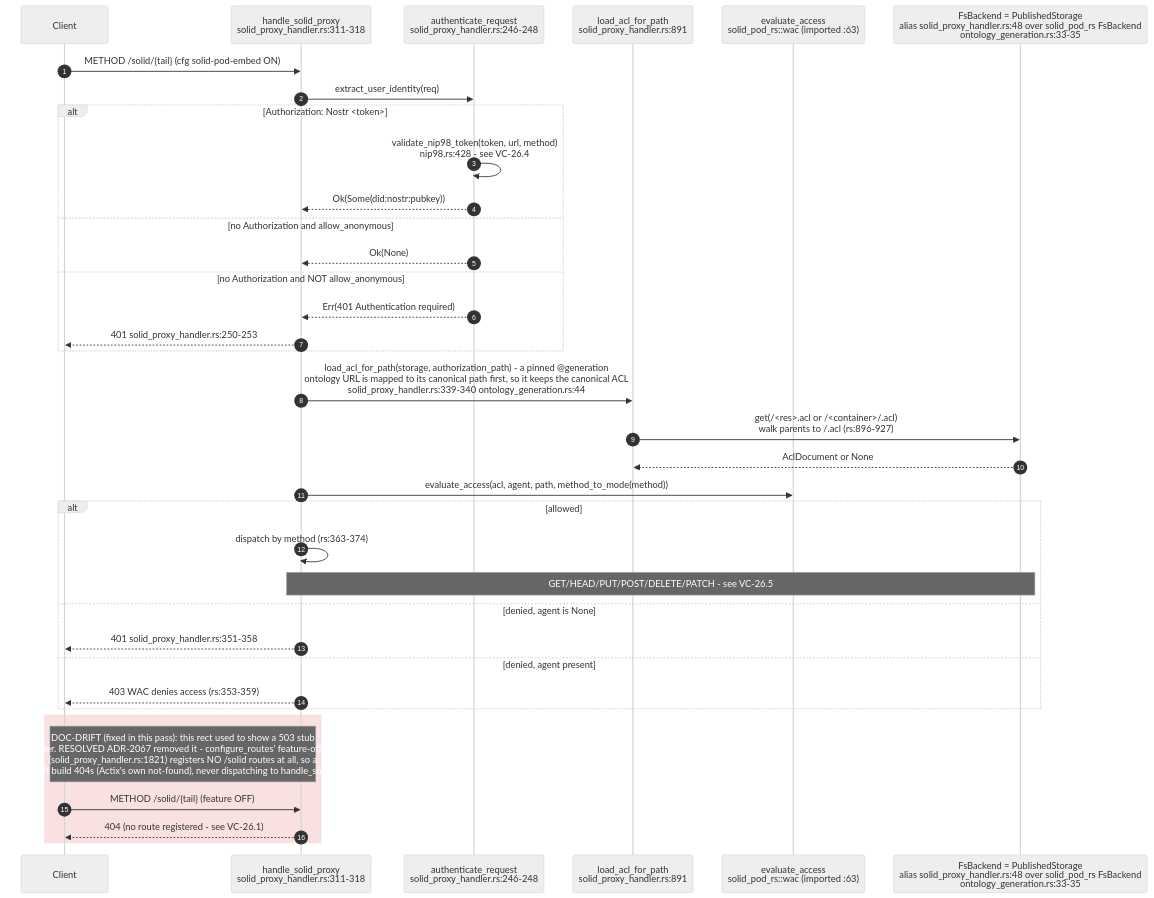
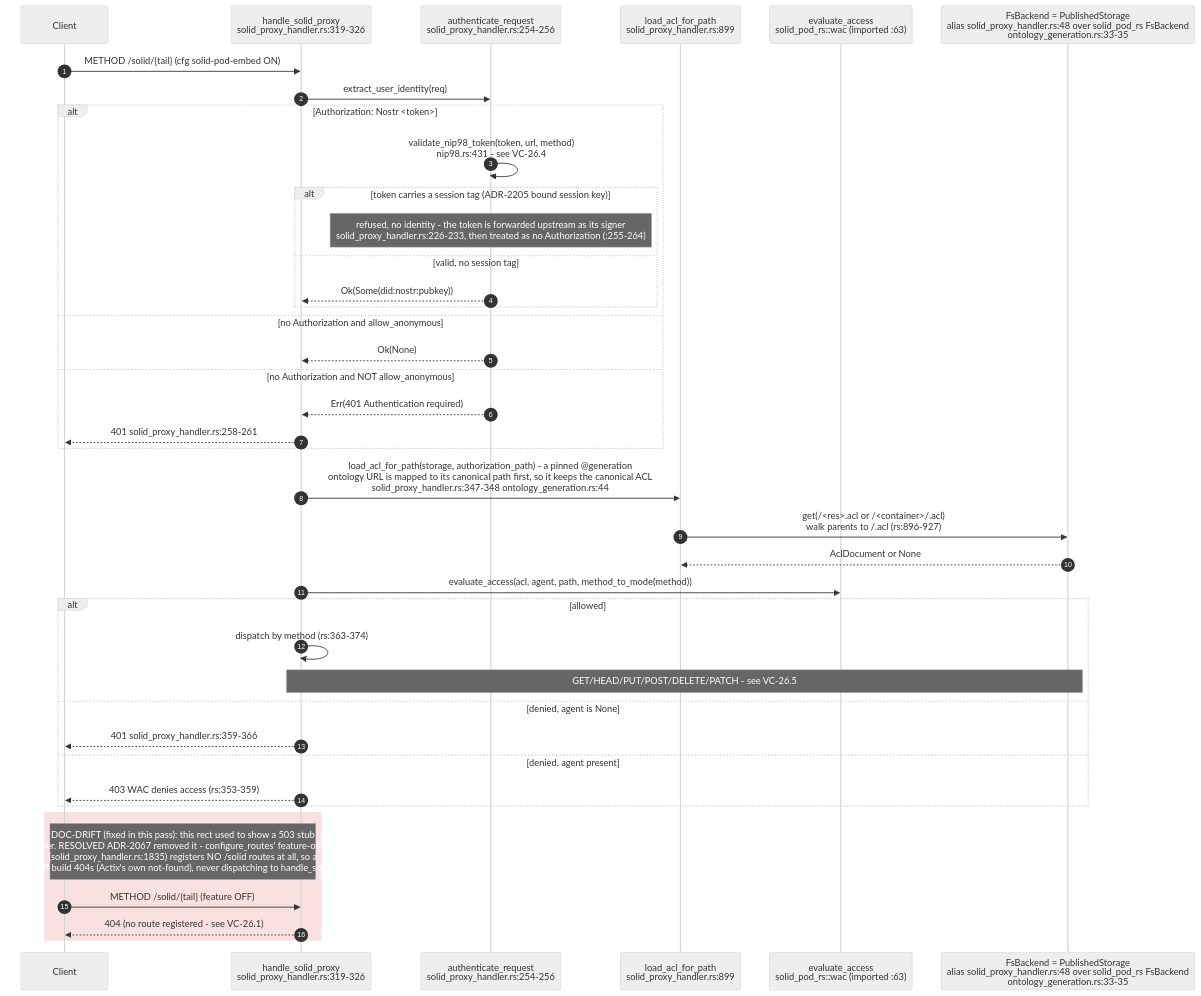
The second of 13 diagrams in docs/diagrams/visionclaw/26-solid-pod-and-jss.md (DreamLab-AI/VisionFlow), drawn with Mermaid (neutral theme) before and after one commit. The commit also changed other lines of this file and 7 other files, not shown here.

First line of the commit message:
diagrams(visionclaw): re-verify VC-25..28 and VC-30..33 at visionclaw 4900ec60b, agentbox 59b1aca1c

````diff
--- a/docs/diagrams/visionclaw/26-solid-pod-and-jss.md
+++ b/docs/diagrams/visionclaw/26-solid-pod-and-jss.md
@@ -95,40 +95,44 @@
 ```mermaid
 sequenceDiagram
     autonumber
     participant C as Client
-    participant H as handle_solid_proxy<br/>solid_proxy_handler.rs:311-318
-    participant AUTH as authenticate_request<br/>solid_proxy_handler.rs:246-248
-    participant ACL as load_acl_for_path<br/>solid_proxy_handler.rs:891
+    participant H as handle_solid_proxy<br/>solid_proxy_handler.rs:319-326
+    participant AUTH as authenticate_request<br/>solid_proxy_handler.rs:254-256
+    participant ACL as load_acl_for_path<br/>solid_proxy_handler.rs:899
     participant WAC as evaluate_access<br/>solid_pod_rs::wac (imported :63)
     participant FS as FsBackend = PublishedStorage<br/>alias solid_proxy_handler.rs:48 over solid_pod_rs FsBackend<br/>ontology_generation.rs:33-35
 
     C->>H: METHOD /solid/{tail} (cfg solid-pod-embed ON)
     H->>AUTH: extract_user_identity(req)
     alt Authorization: Nostr <token>
-        AUTH->>AUTH: validate_nip98_token(token, url, method)<br/>nip98.rs:428 - see VC-26.4
-        AUTH-->>H: Ok(Some(did:nostr:pubkey))
+        AUTH->>AUTH: validate_nip98_token(token, url, method)<br/>nip98.rs:431 - see VC-26.4
+        alt token carries a session tag (ADR-2205 bound session key)
+            Note over AUTH: refused, no identity - the token is forwarded upstream as its signer<br/>solid_proxy_handler.rs:226-233, then treated as no Authorization (:255-264)
+        else valid, no session tag
+            AUTH-->>H: Ok(Some(did:nostr:pubkey))
+        end
     else no Authorization and allow_anonymous
         AUTH-->>H: Ok(None)
     else no Authorization and NOT allow_anonymous
         AUTH-->>H: Err(401 Authentication required)
-        H-->>C: 401 solid_proxy_handler.rs:250-253
+        H-->>C: 401 solid_proxy_handler.rs:258-261
     end
-    H->>ACL: load_acl_for_path(storage, authorization_path) - a pinned @generation<br/>ontology URL is mapped to its canonical path first, so it keeps the canonical ACL<br/>solid_proxy_handler.rs:339-340 ontology_generation.rs:44
+    H->>ACL: load_acl_for_path(storage, authorization_path) - a pinned @generation<br/>ontology URL is mapped to its canonical path first, so it keeps the canonical ACL<br/>solid_proxy_handler.rs:347-348 ontology_generation.rs:44
     ACL->>FS: get(/<res>.acl or /<container>/.acl)<br/>walk parents to /.acl (rs:896-927)
     FS-->>ACL: AclDocument or None
     H->>WAC: evaluate_access(acl, agent, path, method_to_mode(method))
     alt allowed
         H->>H: dispatch by method (rs:363-374)
         Note over H,FS: GET/HEAD/PUT/POST/DELETE/PATCH - see VC-26.5
     else denied, agent is None
-        H-->>C: 401 solid_proxy_handler.rs:351-358
+        H-->>C: 401 solid_proxy_handler.rs:359-366
     else denied, agent present
         H-->>C: 403 WAC denies access (rs:353-359)
     end
 
     rect rgb(250,225,225)
-    Note over C,H: DOC-DRIFT (fixed in this pass): this rect used to show a 503 stub<br/>handler. RESOLVED ADR-2067 removed it - configure_routes' feature-off twin<br/>(solid_proxy_handler.rs:1821) registers NO /solid routes at all, so a<br/>feature-off build 404s (Actix's own not-found), never dispatching to handle_solid_proxy.
+    Note over C,H: DOC-DRIFT (fixed in this pass): this rect used to show a 503 stub<br/>handler. RESOLVED ADR-2067 removed it - configure_routes' feature-off twin<br/>(solid_proxy_handler.rs:1835) registers NO /solid routes at all, so a<br/>feature-off build 404s (Actix's own not-found), never dispatching to handle_solid_proxy.
     C->>H: METHOD /solid/{tail} (feature OFF)
     H-->>C: 404 (no route registered - see VC-26.1)
     end
 ```
````
